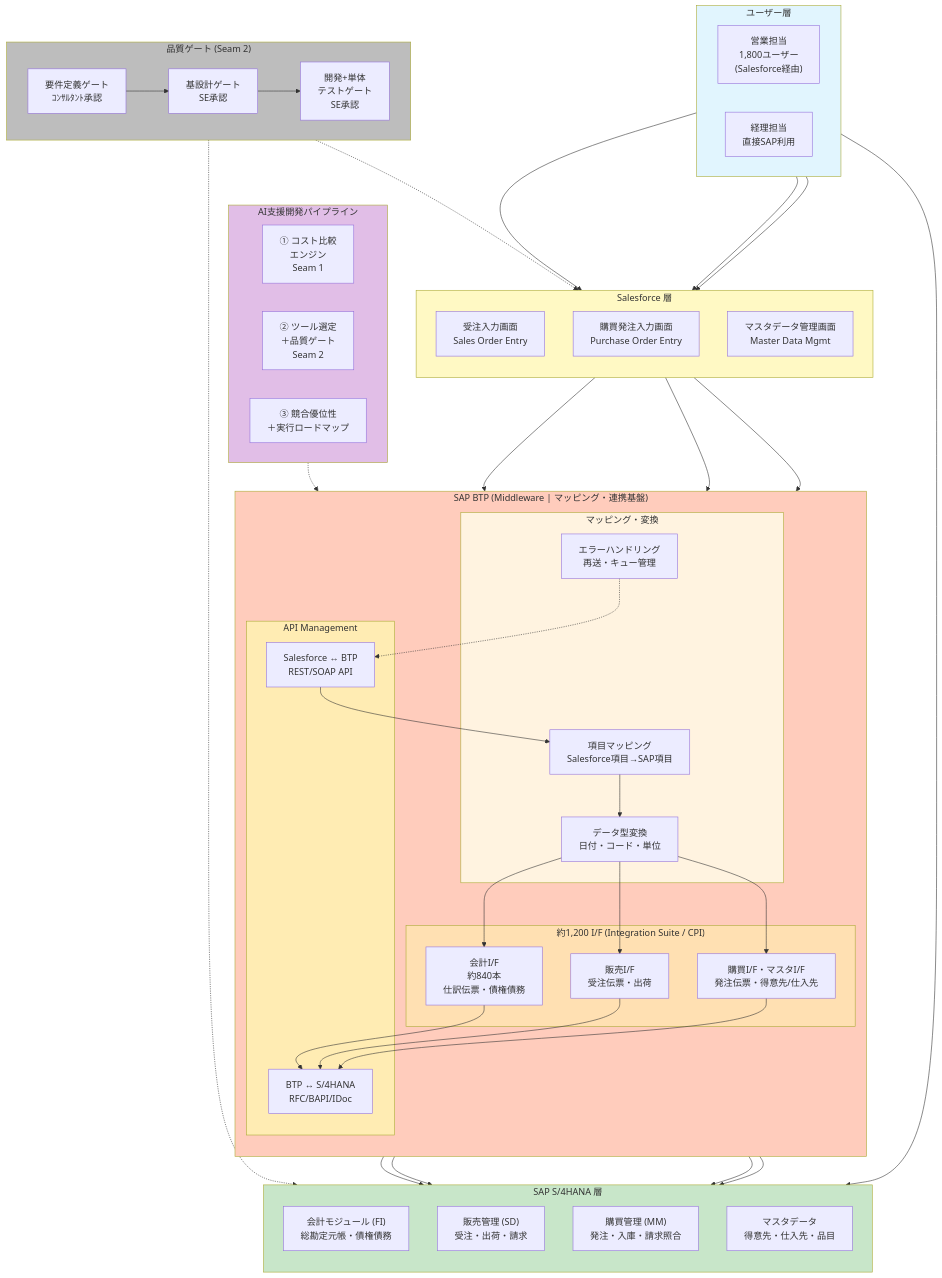
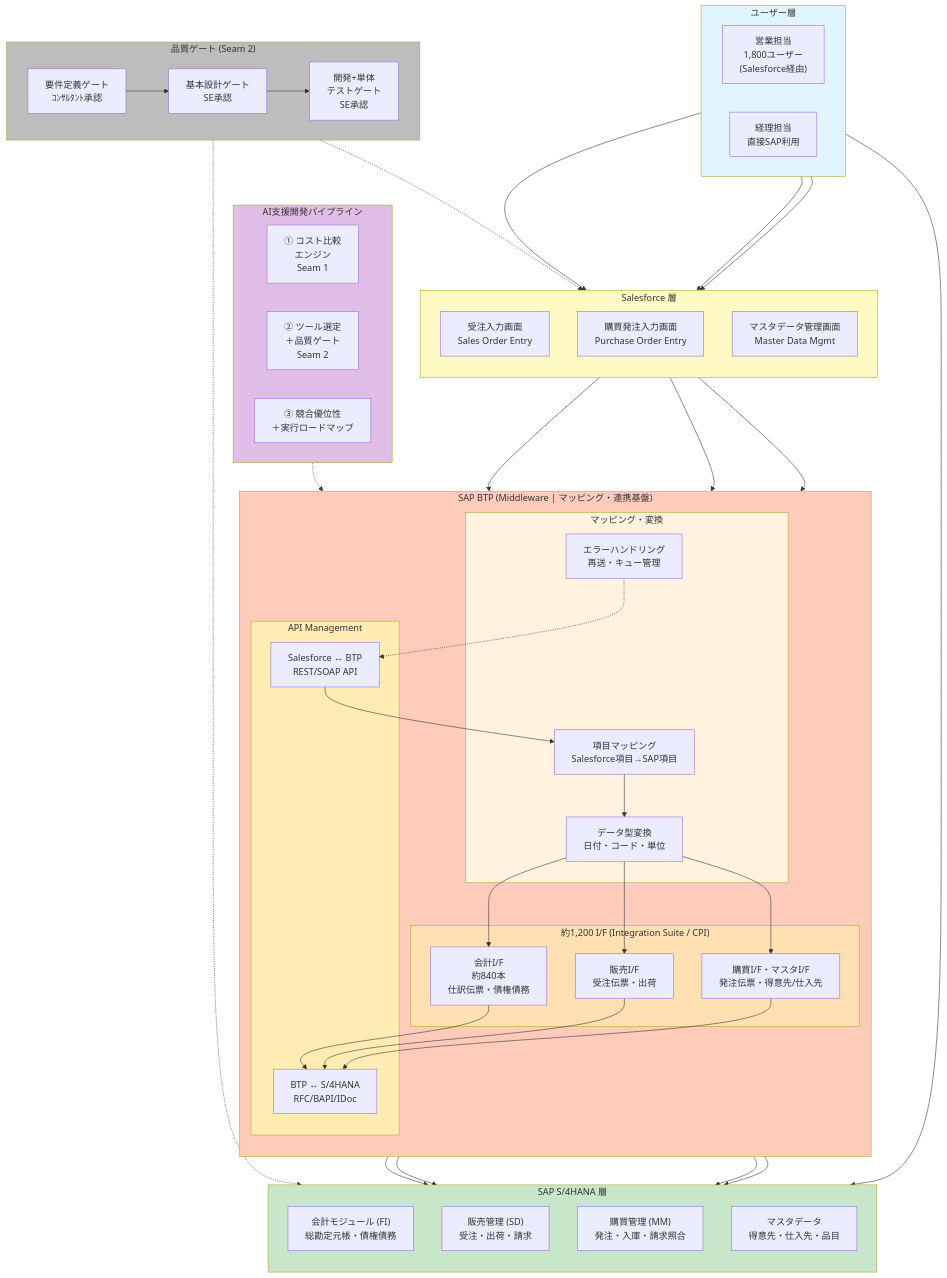
The diagram in ai-assisted-implementation-proposal.md (winds198912121/grill-me), drawn with Mermaid before and after one commit. The commit also changed other lines of this file and 8 other files, not shown here.

```diff
--- a/ai-assisted-implementation-proposal.md
+++ b/ai-assisted-implementation-proposal.md
@@ -61,7 +61,7 @@
 
   subgraph Gates["品質ゲート (Seam 2)"]
     direction LR
-    G1["要件定義ゲート<br/>ｺﾝｻﾙﾀﾝﾄ承認"] --> G2["基設計ゲート<br/>SE承認"] --> G3["開発+単体<br/>テストゲート<br/>SE承認"]
+    G1["要件定義ゲート<br/>ｺﾝｻﾙﾀﾝﾄ承認"] --> G2["基本設計ゲート<br/>SE承認"] --> G3["開発+単体<br/>テストゲート<br/>SE承認"]
   end
 
   SU --> SO
```
